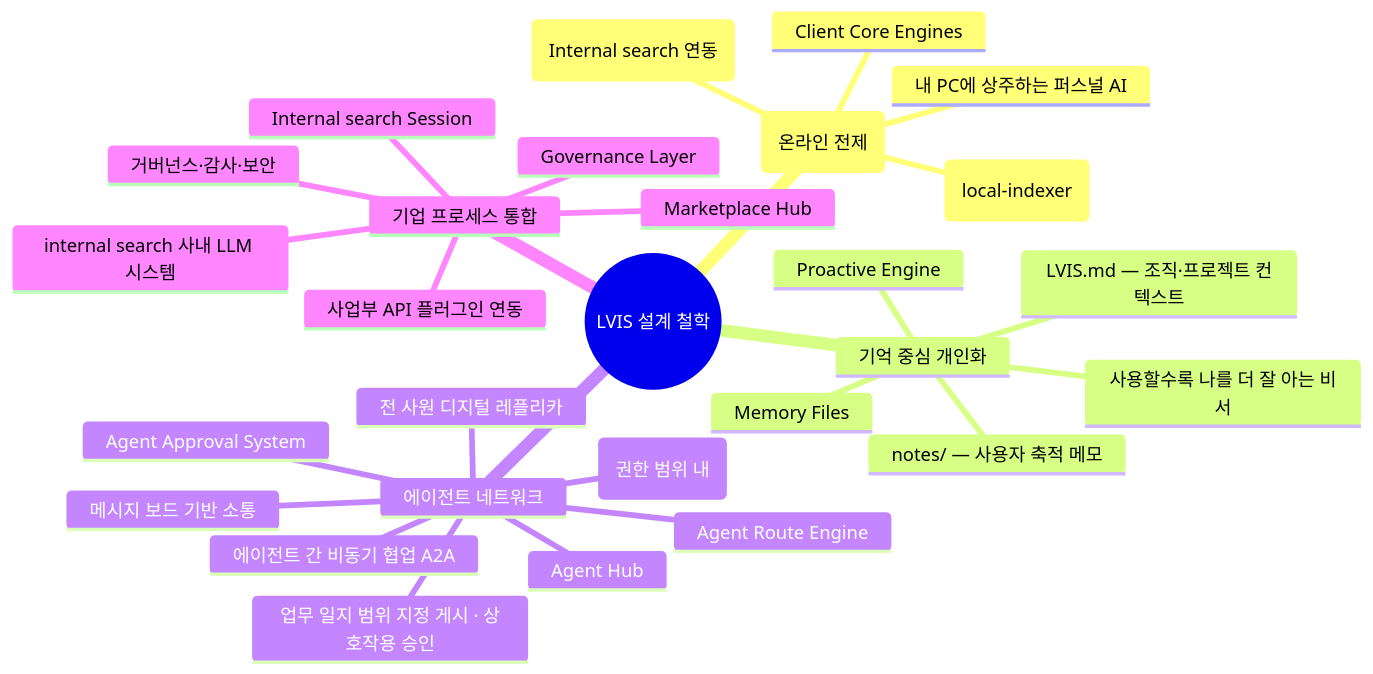
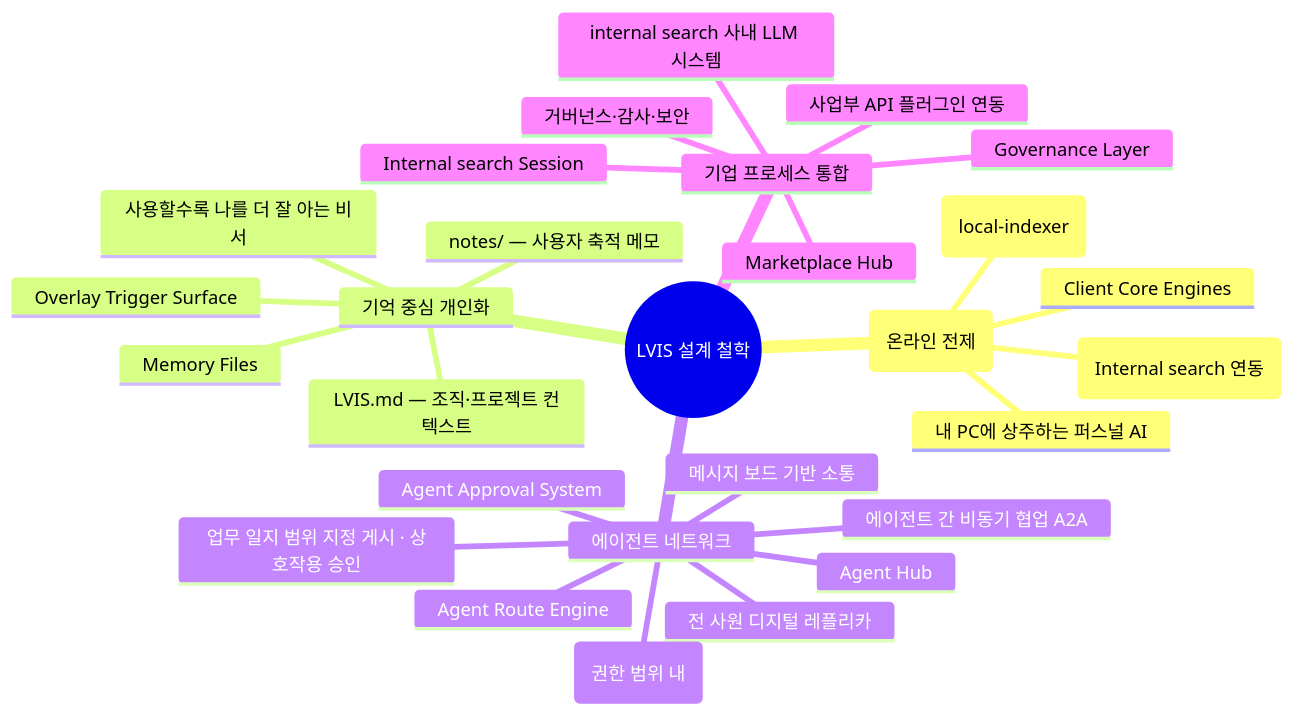
Before and after one commit to lvis-project/lvis-app: the first of 44 diagrams in docs/architecture/architecture.md, drawn with Mermaid. The commit also changed other lines of this file and 49 other files, not shown here.

First line of the commit message:
Overlay trigger 권한 경계와 용어를 정렬 (#645)

````diff
--- a/docs/architecture/architecture.md
+++ b/docs/architecture/architecture.md
@@ -45,31 +45,31 @@
 ```mermaid
 mindmap
   root((LVIS 설계 철학))
     설치형·로컬 기반 (온라인 전제)
       내 PC에 상주하는 퍼스널 AI
       로컬 문서·파일 인덱싱 (Internal search 연동)
       Local Index Engine (local-indexer)
       Client Core Engines
     기억 중심 개인화
       LVIS.md — 조직·프로젝트 컨텍스트
       notes/ — 사용자 축적 메모
       사용할수록 나를 더 잘 아는 비서
       Memory Files
-      Proactive Engine
+      Overlay Trigger Surface
     에이전트 네트워크
       전 사원 디지털 레플리카
       에이전트 간 비동기 협업 A2A
       메시지 보드 기반 소통
       업무 일지 범위 지정 게시 · 상호작용 승인
       Hub 수시 열람 - 집단 지성 (권한 범위 내)
       Agent Hub
       Agent Route Engine
       Agent Approval System
     기업 프로세스 통합
       internal search 사내 LLM 시스템
       사업부 API 플러그인 연동
       거버넌스·감사·보안
       Internal search Session
       Marketplace Hub
       Governance Layer
 ```
````
